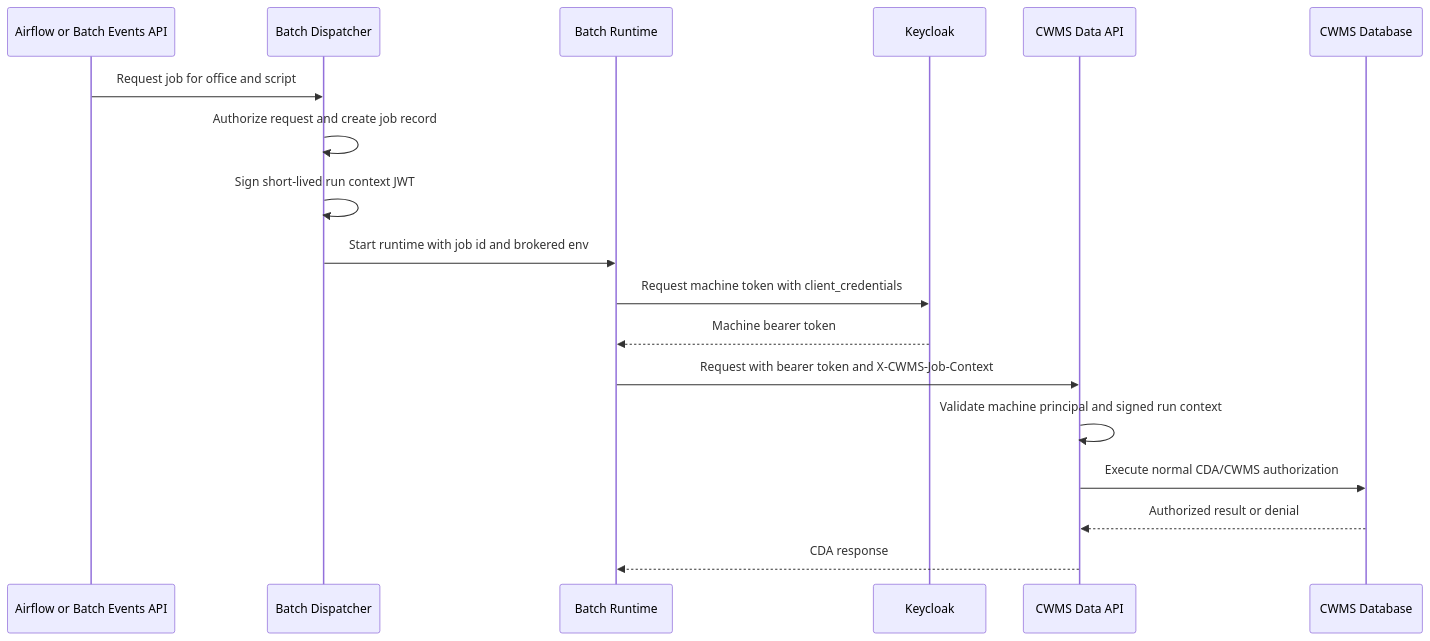
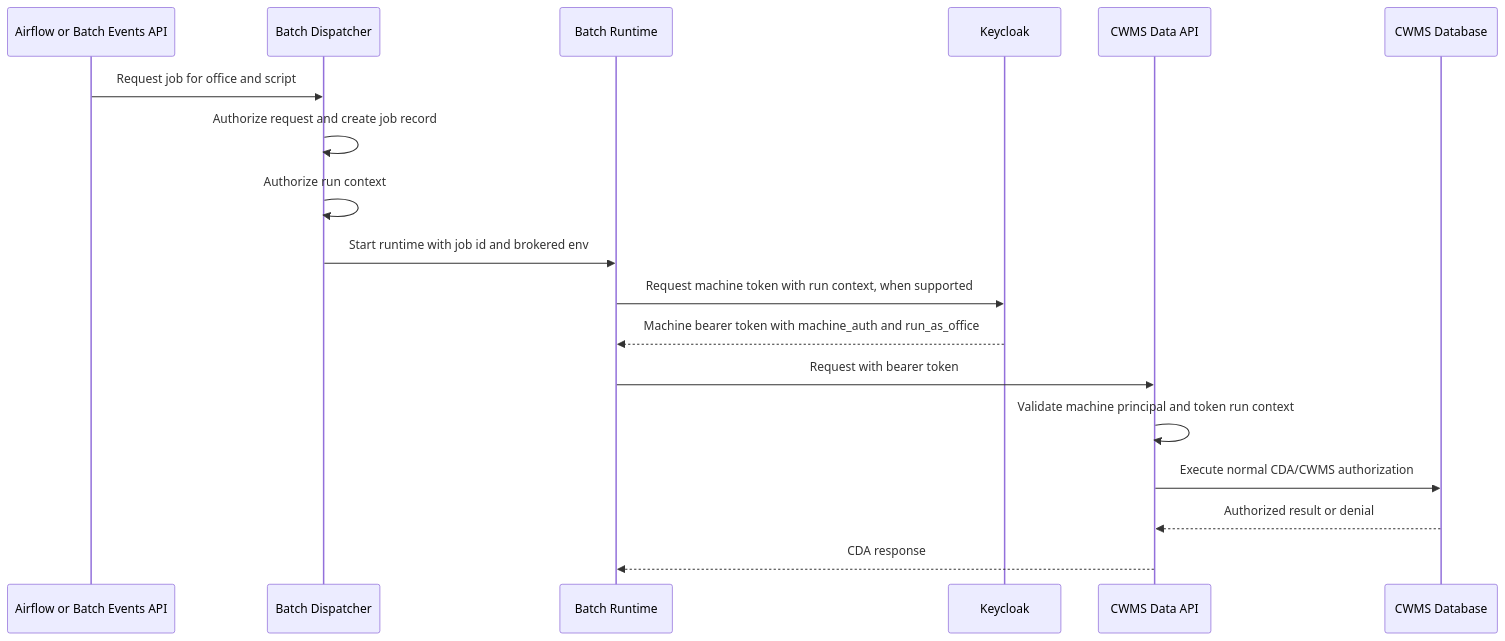
Before and after one commit to USACE/cwms-data-api: the diagram in docs/source/decisions/0009-batch-machine-run-context.md, drawn with Mermaid. The commit also changed other lines of this file and 3 other files, not shown here.

Commit message:
Support Keycloak batch run context claims

````diff
--- a/docs/source/decisions/0009-batch-machine-run-context.md
+++ b/docs/source/decisions/0009-batch-machine-run-context.md
@@ -49,21 +49,21 @@
 ```mermaid
 sequenceDiagram
     participant Caller as Airflow or Batch Events API
     participant Dispatcher as Batch Dispatcher
     participant Runner as Batch Runtime
     participant Keycloak as Keycloak
     participant CDA as CWMS Data API
     participant DB as CWMS Database
 
     Caller->>Dispatcher: Request job for office and script
     Dispatcher->>Dispatcher: Authorize request and create job record
-    Dispatcher->>Dispatcher: Sign short-lived run context JWT
+    Dispatcher->>Dispatcher: Authorize run context
     Dispatcher->>Runner: Start runtime with job id and brokered env
-    Runner->>Keycloak: Request machine token with client_credentials
-    Keycloak-->>Runner: Machine bearer token
-    Runner->>CDA: Request with bearer token and X-CWMS-Job-Context
-    CDA->>CDA: Validate machine principal and signed run context
+    Runner->>Keycloak: Request machine token with run context, when supported
+    Keycloak-->>Runner: Machine bearer token with machine_auth and run_as_office
+    Runner->>CDA: Request with bearer token
+    CDA->>CDA: Validate machine principal and token run context
     CDA->>DB: Execute normal CDA/CWMS authorization
     DB-->>CDA: Authorized result or denial
     CDA-->>Runner: CDA response
 ```
````
